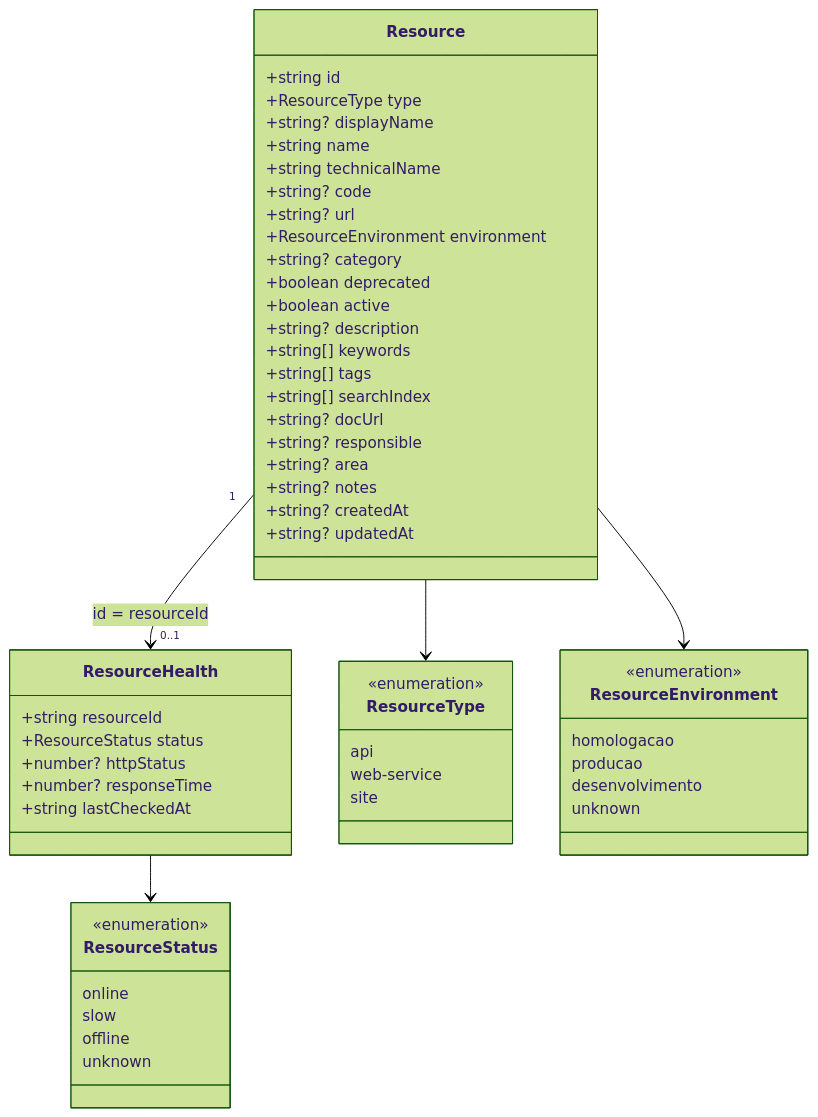
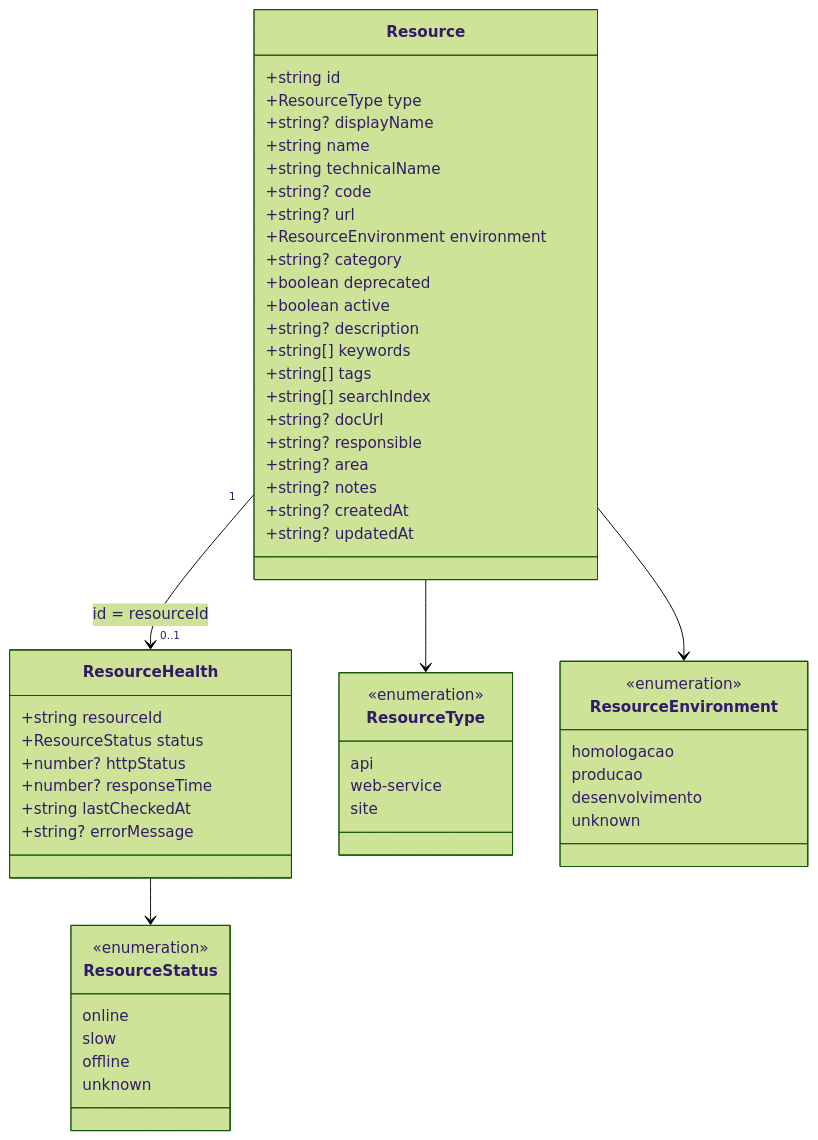
Before and after one commit to alanerochaa/buni-hub-api: the second of 5 diagrams in README.md, drawn with Mermaid (forest theme). The commit also changed other lines of this file and 14 other files, not shown here.

````diff
--- a/README.md
+++ b/README.md
@@ -194,57 +195,58 @@
 ```mermaid
 classDiagram
     class Resource {
         +string id
         +ResourceType type
         +string? displayName
         +string name
         +string technicalName
         +string? code
         +string? url
         +ResourceEnvironment environment
         +string? category
         +boolean deprecated
         +boolean active
         +string? description
         +string[] keywords
         +string[] tags
         +string[] searchIndex
         +string? docUrl
         +string? responsible
         +string? area
         +string? notes
         +string? createdAt
         +string? updatedAt
     }
     class ResourceHealth {
         +string resourceId
         +ResourceStatus status
         +number? httpStatus
         +number? responseTime
         +string lastCheckedAt
+        +string? errorMessage
     }
     class ResourceType {
         <<enumeration>>
         api
         web-service
         site
     }
     class ResourceEnvironment {
         <<enumeration>>
         homologacao
         producao
         desenvolvimento
         unknown
     }
     class ResourceStatus {
         <<enumeration>>
         online
         slow
         offline
         unknown
     }
     Resource --> ResourceType
     Resource --> ResourceEnvironment
     ResourceHealth --> ResourceStatus
     Resource "1" --> "0..1" ResourceHealth : id = resourceId
 ```
````
